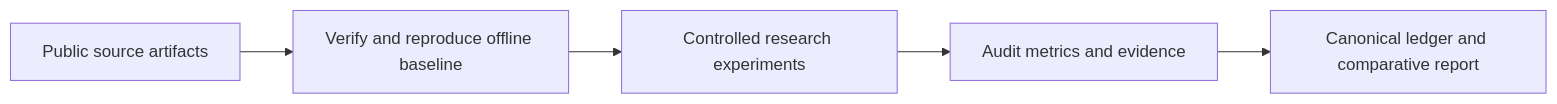
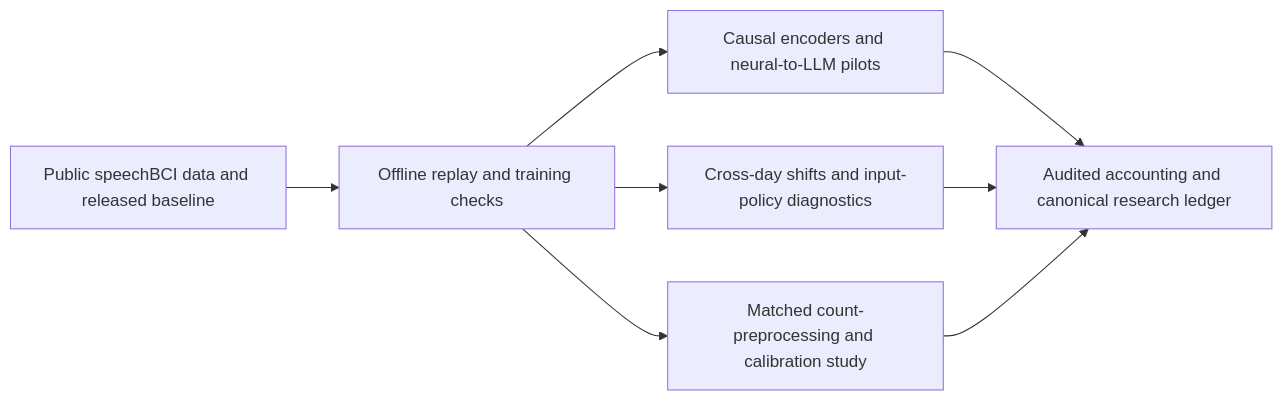
Before and after one commit to kenfuliang/Brain2Speech: the diagram in README.md, drawn with Mermaid. The commit also changed other lines of this file and 1 other file, not shown here.

Commit message:
Clarify reproduction claims, research contributions, and publication privacy review

````diff
--- a/README.md
+++ b/README.md
@@ -25,7 +40,10 @@
 ```mermaid
 flowchart LR
-    A[Public source artifacts] --> B[Verify and reproduce offline baseline]
-    B --> C[Controlled research experiments]
-    C --> D[Audit metrics and evidence]
-    D --> E[Canonical ledger and comparative report]
+    A[Public speechBCI data and released baseline] --> B[Offline replay and training checks]
+    B --> C[Causal encoders and neural-to-LLM pilots]
+    B --> D[Cross-day shifts and input-policy diagnostics]
+    B --> E[Matched count-preprocessing and calibration study]
+    C --> F[Audited accounting and canonical research ledger]
+    D --> F
+    E --> F
 ```
````
